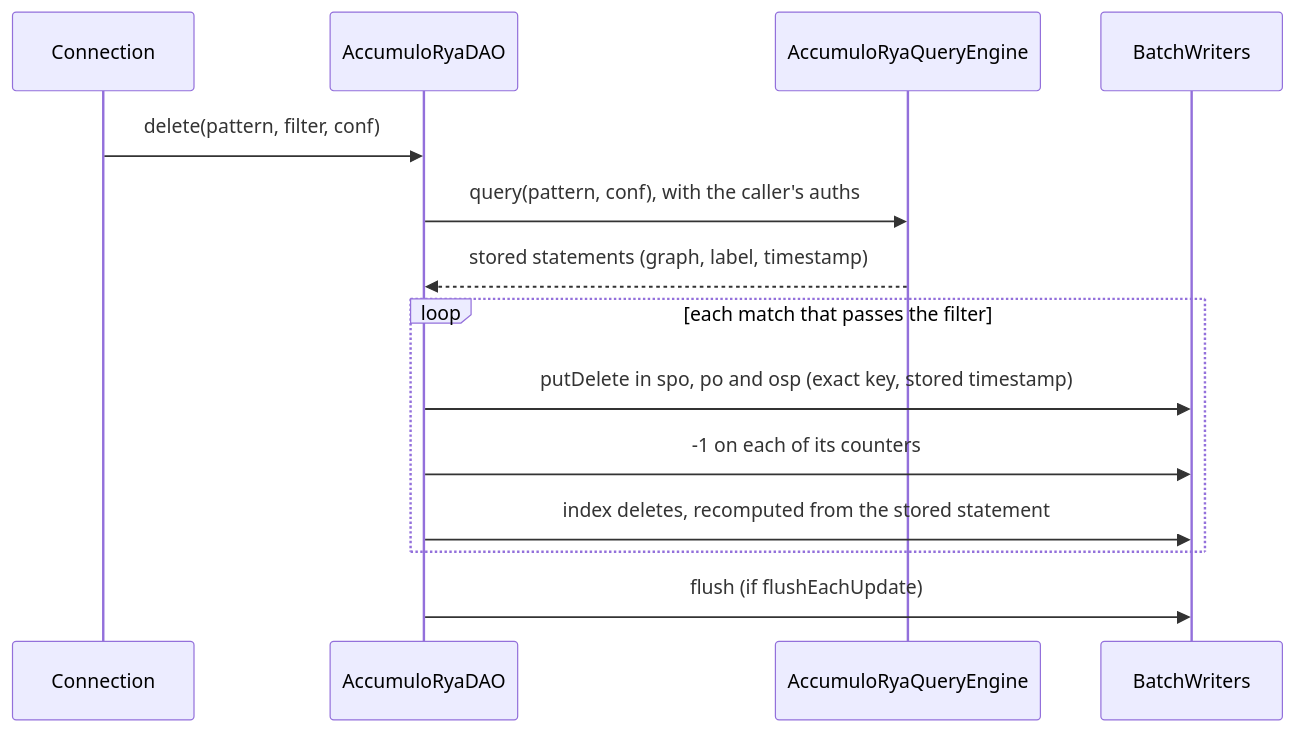
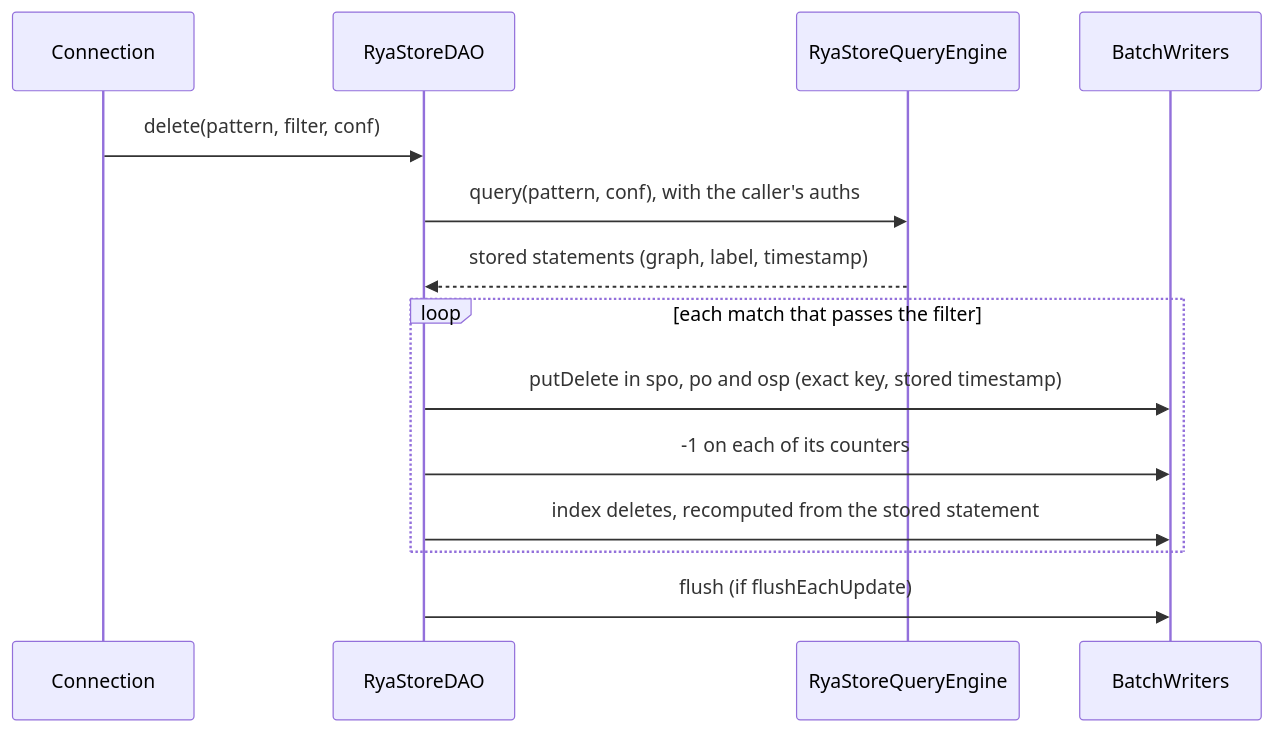
One commit to dgreco/rya-ng changed the eighth of 21 diagrams in ARCH.md. Above: the diagram before and after it, drawn with Mermaid. The commit also changed other lines of this file and 28 other files, not shown here.

````diff
--- a/ARCH.md
+++ b/ARCH.md
@@ -648,16 +656,16 @@
 ```mermaid
 sequenceDiagram
     participant CN as Connection
-    participant DAO as AccumuloRyaDAO
-    participant QE as AccumuloRyaQueryEngine
+    participant DAO as RyaStoreDAO
+    participant QE as RyaStoreQueryEngine
     participant W as BatchWriters
     CN->>DAO: delete(pattern, filter, conf)
     DAO->>QE: query(pattern, conf), with the caller's auths
     QE-->>DAO: stored statements (graph, label, timestamp)
     loop each match that passes the filter
         DAO->>W: putDelete in spo, po and osp (exact key, stored timestamp)
         DAO->>W: -1 on each of its counters
         DAO->>W: index deletes, recomputed from the stored statement
     end
     DAO->>W: flush (if flushEachUpdate)
 ```
````
